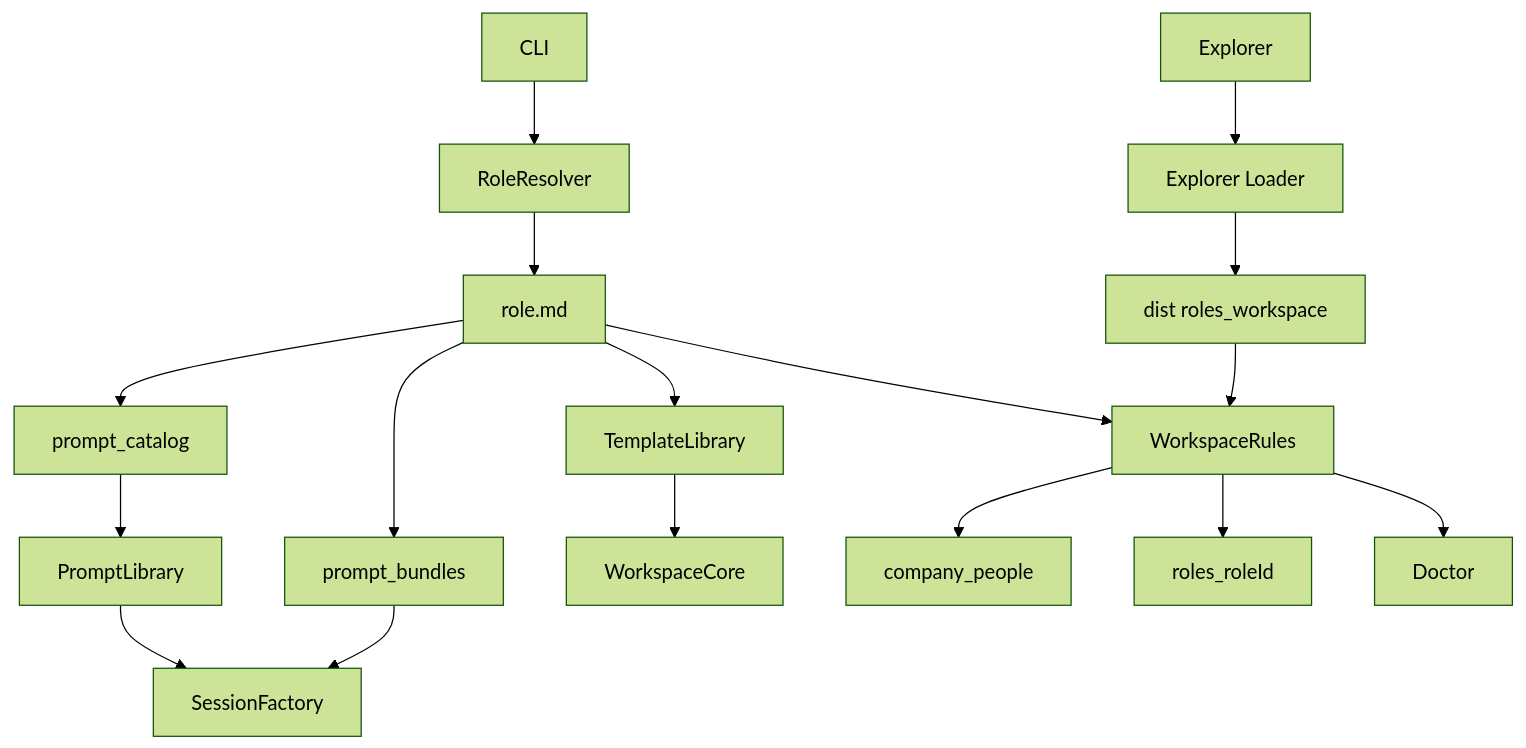
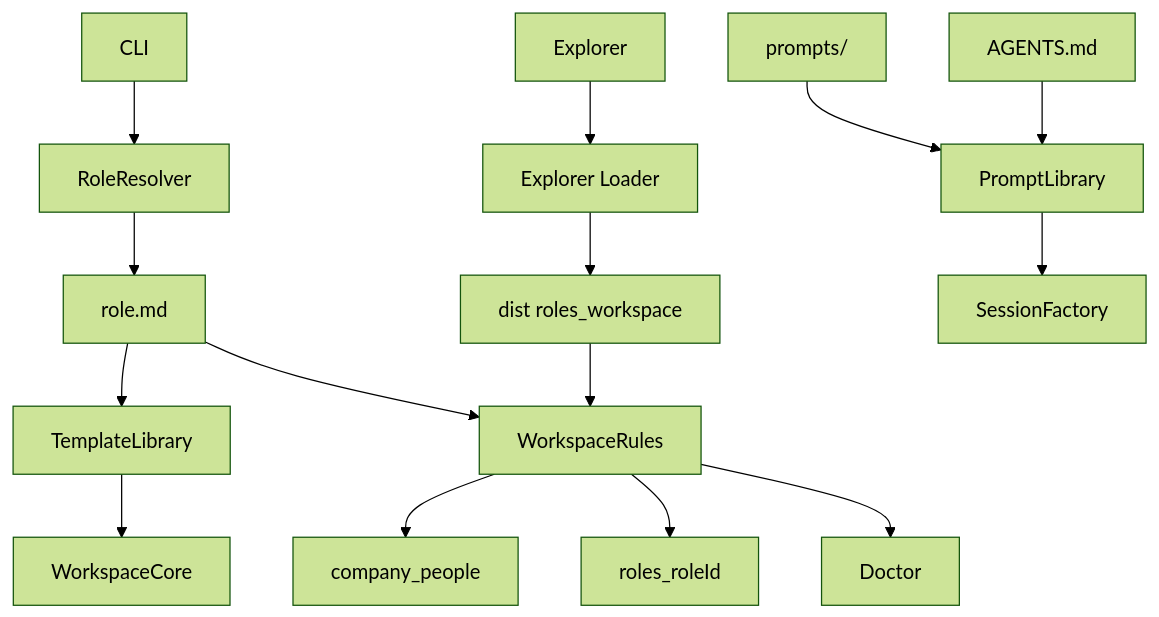
One commit to benschrauwen/hermit changed the diagram in docs/architecture.md. Above: the diagram before and after it, drawn with Mermaid (forest theme). The commit also changed other lines of this file and 18 other files, not shown here.

````diff
--- a/docs/architecture.md
+++ b/docs/architecture.md
@@ -76,19 +76,17 @@
 ```mermaid
 flowchart TD
   cli[CLI] --> roleResolver[RoleResolver]
   explorer[Explorer] --> explorerLoader[Explorer Loader]
   explorerLoader --> workspaceDist[dist roles_workspace]
   roleResolver --> roleManifest[role.md]
-  roleManifest --> promptCatalog[prompt_catalog]
-  promptCatalog --> promptLibrary[PromptLibrary]
-  roleManifest --> promptBundles[prompt_bundles]
   roleManifest --> templateLibrary[TemplateLibrary]
   roleManifest --> workspaceRules[WorkspaceRules]
   workspaceRules --> sharedData[company_people]
   workspaceRules --> roleData[roles_roleId]
+  sharedPrompts[prompts/] --> promptLibrary[PromptLibrary]
+  agentsMd[AGENTS.md] --> promptLibrary
   promptLibrary --> sessionFactory[SessionFactory]
-  promptBundles --> sessionFactory
   templateLibrary --> workspaceCore[WorkspaceCore]
   workspaceDist --> workspaceRules
   workspaceRules --> doctor[Doctor]
 ```
````
